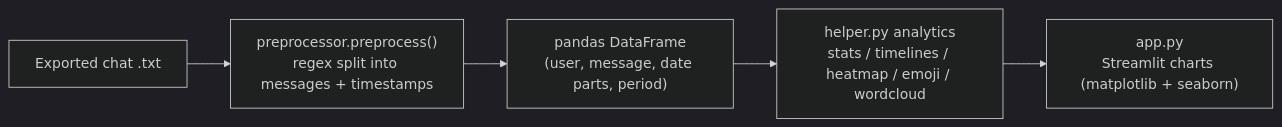
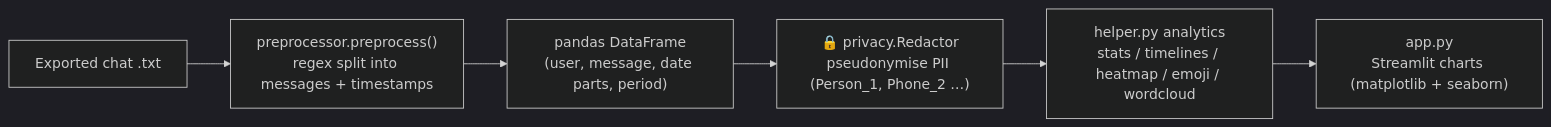
One commit to wajihhyder/Whatsapp-Chat-Analyser changed the diagram in README.md. Above: the diagram before and after it, drawn with Mermaid (dark theme). The commit also changed other lines of this file and 3 other files, not shown here.

````diff
--- a/README.md
+++ b/README.md
@@ -26,7 +28,8 @@
 ```mermaid
 flowchart LR
     A["Exported chat .txt"] --> B["preprocessor.preprocess()<br>regex split into messages + timestamps"]
     B --> C["pandas DataFrame<br>(user, message, date parts, period)"]
-    C --> D["helper.py analytics<br>stats / timelines / heatmap / emoji / wordcloud"]
+    C --> R["🔒 privacy.Redactor<br>pseudonymise PII (Person_1, Phone_2 …)"]
+    R --> D["helper.py analytics<br>stats / timelines / heatmap / emoji / wordcloud"]
     D --> E["app.py<br>Streamlit charts (matplotlib + seaborn)"]
 ```
````
